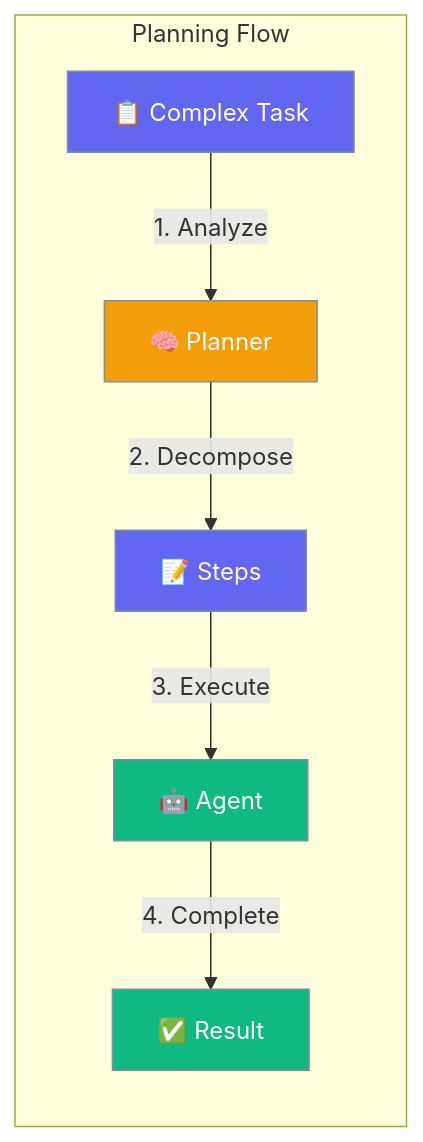
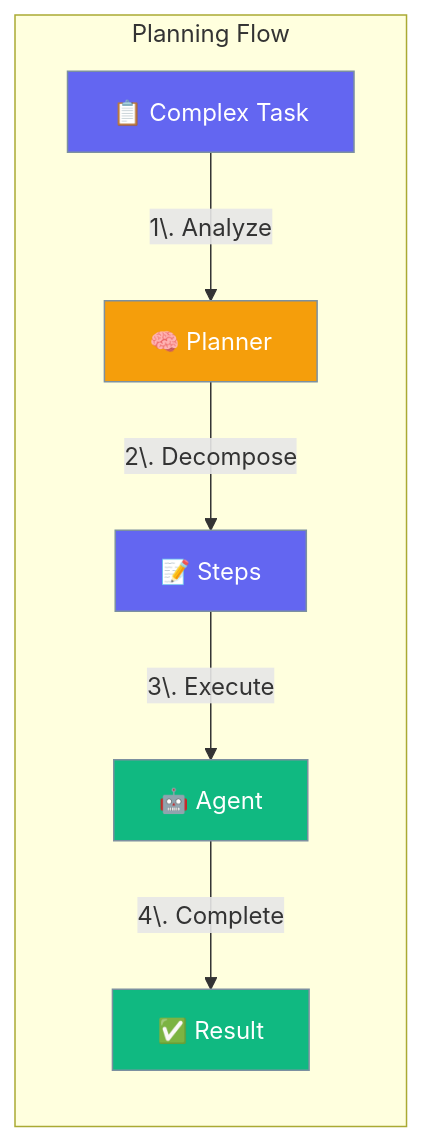
Before and after one commit to MervinPraison/PraisonAIDocs: the first of 4 diagrams in docs/concepts/planning.mdx, drawn with Mermaid. The commit also changed 2 other files, not shown here.

Commit message:
fix: escape periods in numbered Mermaid diagram labels to ensure correct rendering

````diff
--- a/docs/concepts/planning.mdx
+++ b/docs/concepts/planning.mdx
@@ -10,17 +10,17 @@
 ```mermaid
 graph LR
     subgraph "Planning Flow"
-        Task[📋 Complex Task] -->|1. Analyze| Planner[🧠 Planner]
-        Planner -->|2. Decompose| Steps[📝 Steps]
-        Steps -->|3. Execute| Agent[🤖 Agent]
-        Agent -->|4. Complete| Result[✅ Result]
+        Task[📋 Complex Task] -->|1\. Analyze| Planner[🧠 Planner]
+        Planner -->|2\. Decompose| Steps[📝 Steps]
+        Steps -->|3\. Execute| Agent[🤖 Agent]
+        Agent -->|4\. Complete| Result[✅ Result]
     end
     
     classDef task fill:#6366F1,stroke:#7C90A0,color:#fff
     classDef planner fill:#F59E0B,stroke:#7C90A0,color:#fff
     classDef agent fill:#10B981,stroke:#7C90A0,color:#fff
     
     class Task,Steps task
     class Planner planner
     class Agent,Result agent
 ```
````
